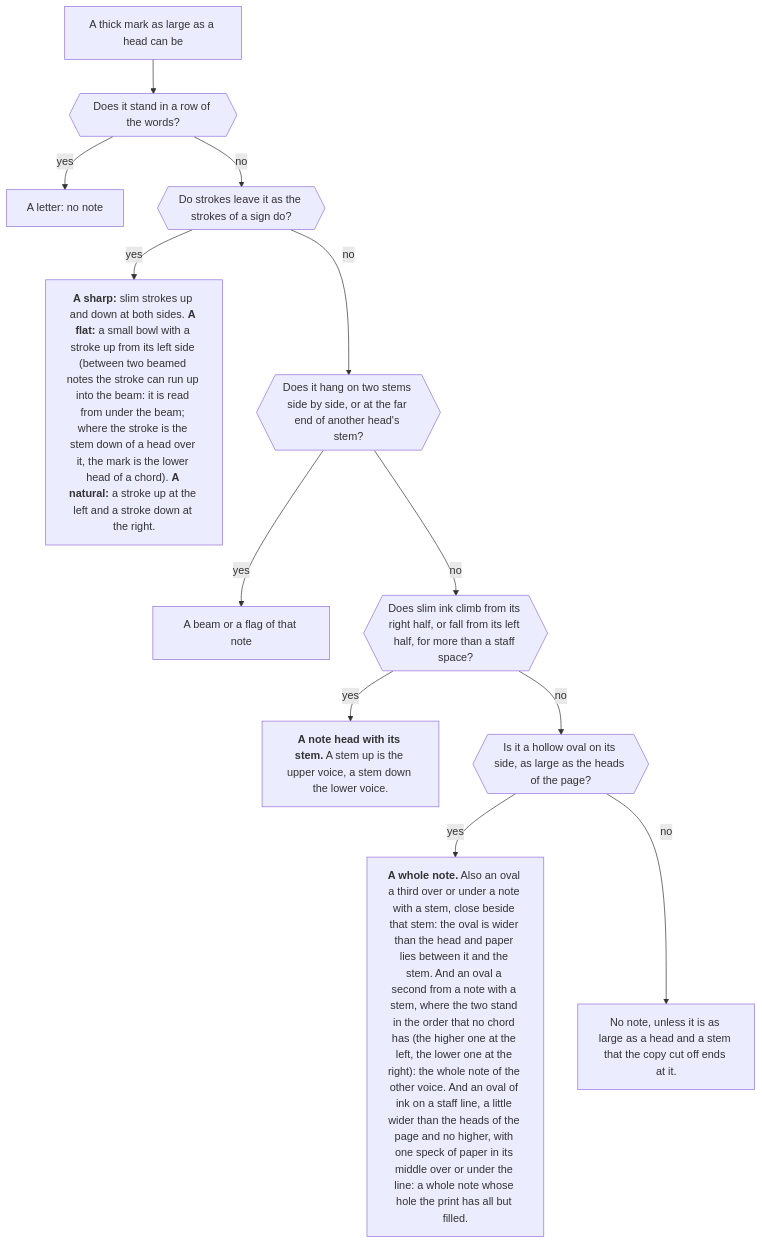
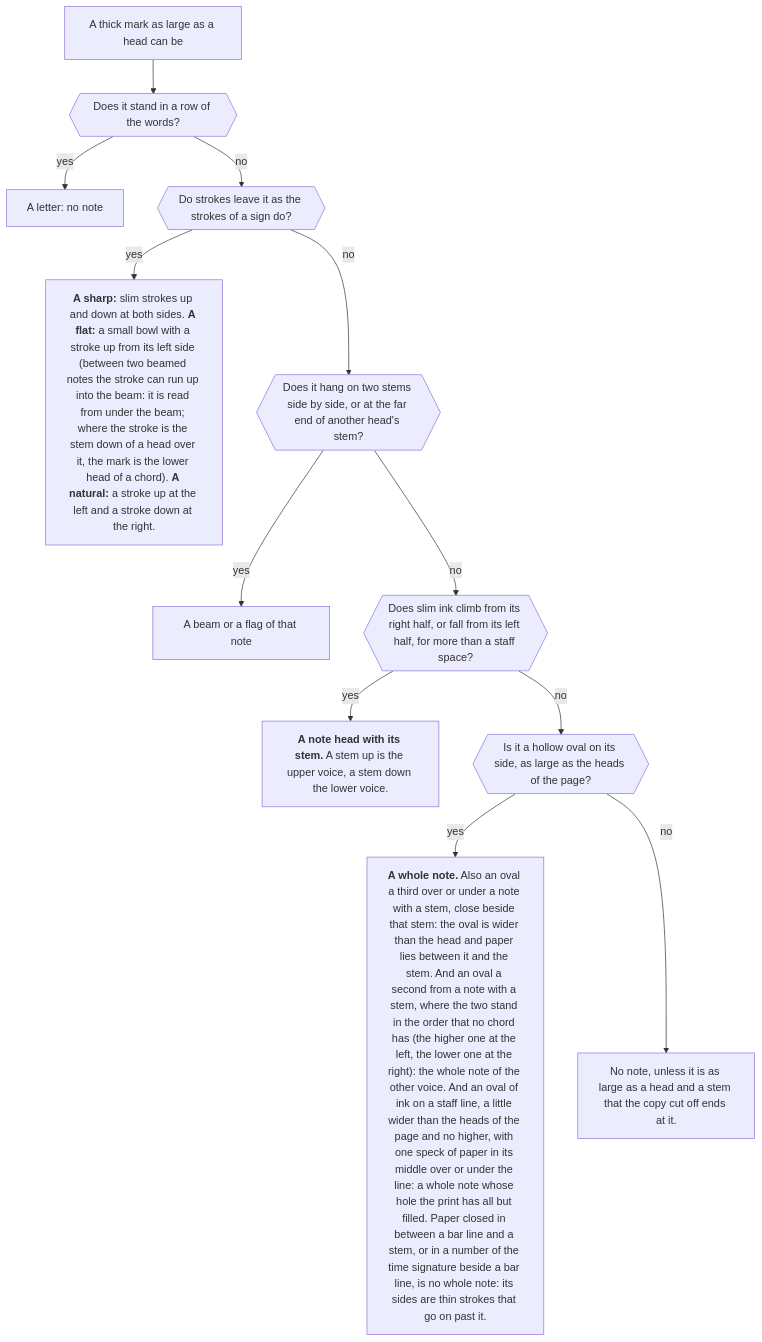
Before and after one commit to sweet-cicero/ScoreReader: the fifth of 12 diagrams in README.md, drawn with Mermaid. The commit also changed other lines of this file and 3 other files, not shown here.

First line of the commit message:
Round 33: a dash beside a head as its dot, a bold tie taken off its whole notes, closed-in paper

````diff
--- a/README.md
+++ b/README.md
@@ -186,14 +186,14 @@
 ```mermaid
 flowchart TD
     mark["A thick mark as large as a head can be"] --> letter{{"Does it stand in a row of the words?"}}
     letter -- "yes" --> no1["A letter: no note"]
     letter -- "no" --> strokes{{"Do strokes leave it as the strokes of a sign do?"}}
     strokes -- "yes" --> sign["<b>A sharp:</b> slim strokes up and down at both sides. <b>A flat:</b> a small bowl with a stroke up from its left side (between two beamed notes the stroke can run up into the beam: it is read from under the beam; where the stroke is the stem down of a head over it, the mark is the lower head of a chord). <b>A natural:</b> a stroke up at the left and a stroke down at the right."]
     strokes -- "no" --> far{{"Does it hang on two stems side by side, or at the far end of another head's stem?"}}
     far -- "yes" --> tail["A beam or a flag of that note"]
     far -- "no" --> stem{{"Does slim ink climb from its right half, or fall from its left half, for more than a staff space?"}}
     stem -- "yes" --> head["<b>A note head with its stem.</b> A stem up is the upper voice, a stem down the lower voice."]
     stem -- "no" --> oval{{"Is it a hollow oval on its side, as large as the heads of the page?"}}
-    oval -- "yes" --> whole["<b>A whole note.</b> Also an oval a third over or under a note with a stem, close beside that stem: the oval is wider than the head and paper lies between it and the stem. And an oval a second from a note with a stem, where the two stand in the order that no chord has (the higher one at the left, the lower one at the right): the whole note of the other voice. And an oval of ink on a staff line, a little wider than the heads of the page and no higher, with one speck of paper in its middle over or under the line: a whole note whose hole the print has all but filled."]
+    oval -- "yes" --> whole["<b>A whole note.</b> Also an oval a third over or under a note with a stem, close beside that stem: the oval is wider than the head and paper lies between it and the stem. And an oval a second from a note with a stem, where the two stand in the order that no chord has (the higher one at the left, the lower one at the right): the whole note of the other voice. And an oval of ink on a staff line, a little wider than the heads of the page and no higher, with one speck of paper in its middle over or under the line: a whole note whose hole the print has all but filled. Paper closed in between a bar line and a stem, or in a number of the time signature beside a bar line, is no whole note: its sides are thin strokes that go on past it."]
     oval -- "no" --> orphan["No note, unless it is as large as a head and a stem that the copy cut off ends at it."]
 ```
````
